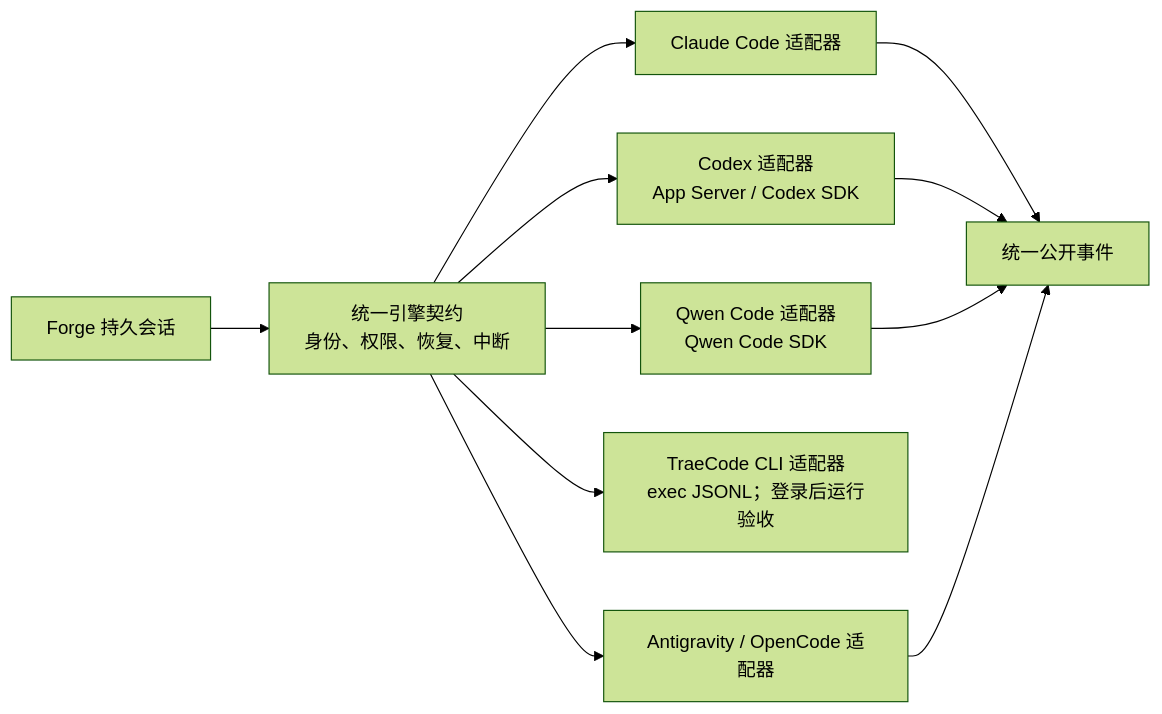
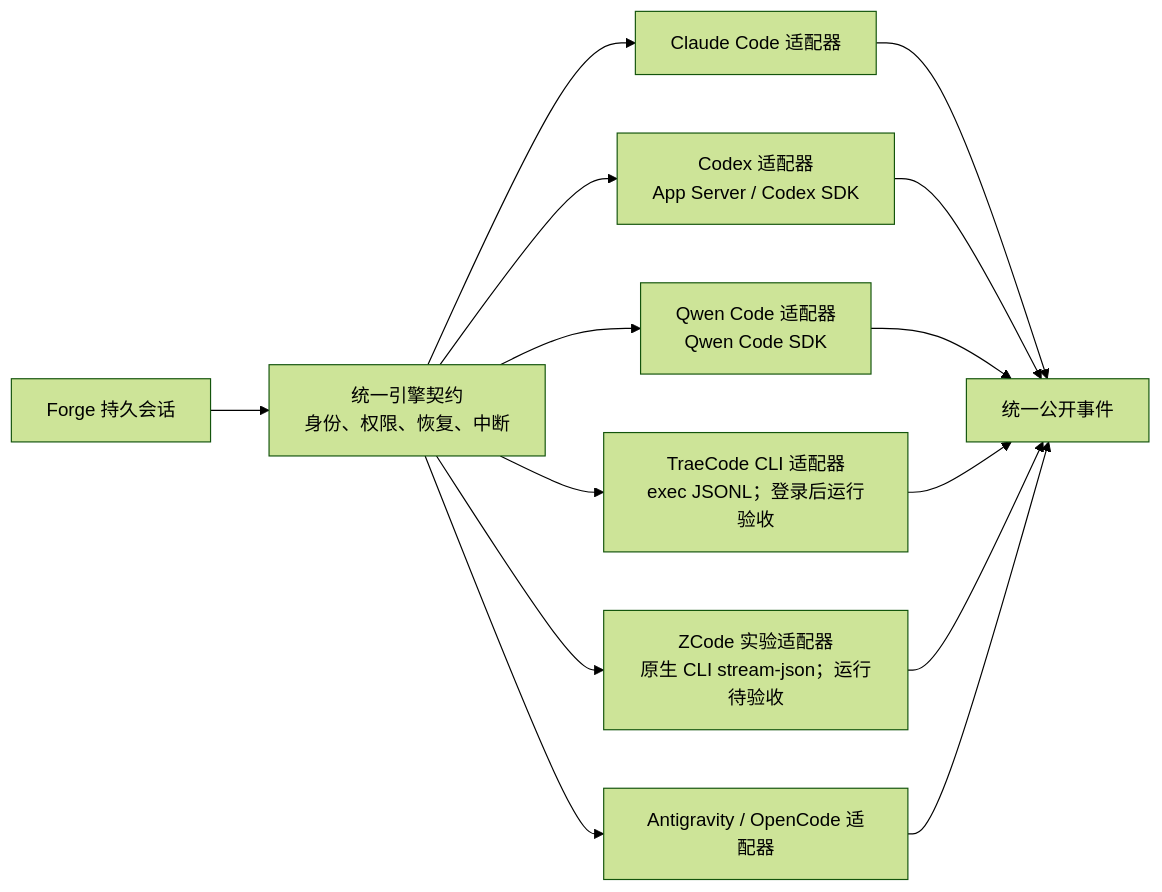
Diagram 19 of 47 in docs/ai-coding-architecture.md (exception-coder/kai-toolbox), drawn with Mermaid (forest theme) before and after one commit. The commit also changed other lines of this file and 35 other files, not shown here.

````diff
--- a/docs/ai-coding-architecture.md
+++ b/docs/ai-coding-architecture.md
@@ -572,13 +574,16 @@
 ```mermaid
 flowchart LR
     SESSION["Forge 持久会话"] --> CONTRACT["统一引擎契约<br/>身份、权限、恢复、中断"]
     CONTRACT --> CLAUDE["Claude Code 适配器"]
     CONTRACT --> CODEX["Codex 适配器<br/>App Server / Codex SDK"]
     CONTRACT --> QWEN["Qwen Code 适配器<br/>Qwen Code SDK"]
     CONTRACT --> TRAE["TraeCode CLI 适配器<br/>exec JSONL；登录后运行验收"]
+    CONTRACT --> ZCODE["ZCode 实验适配器<br/>原生 CLI stream-json；运行待验收"]
     CONTRACT --> OTHER["Antigravity / OpenCode 适配器"]
     CLAUDE --> EVENTS["统一公开事件"]
     CODEX --> EVENTS
     QWEN --> EVENTS
+    TRAE --> EVENTS
+    ZCODE --> EVENTS
     OTHER --> EVENTS
 ```
````
